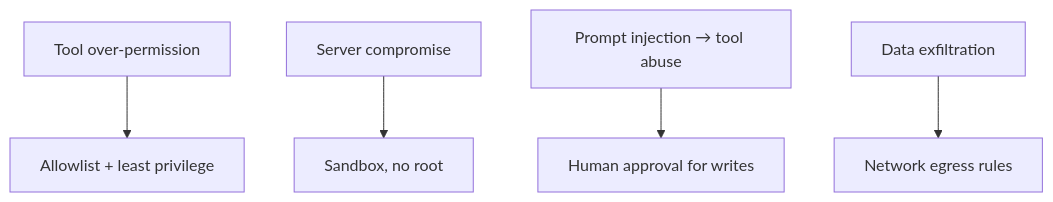
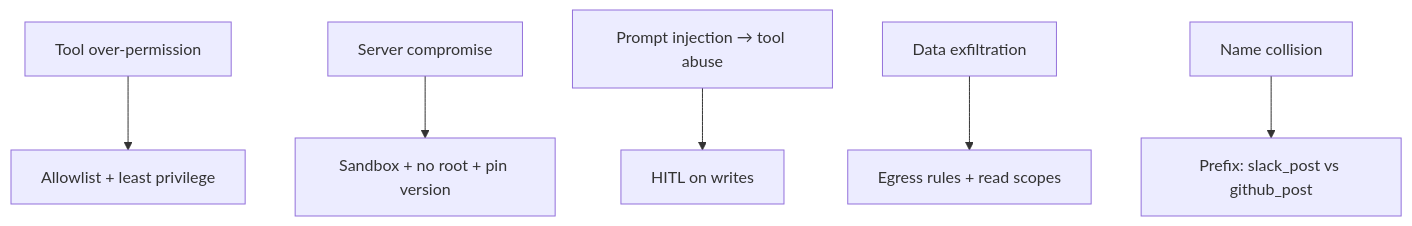
Before and after one commit to codevoks/Learning: the second of 2 diagrams in AI/AI Development/modules/08-mcp/MODULE.md, drawn with Mermaid. The commit also changed other lines of this file and 32 other files, not shown here.

````diff
--- a/AI/AI Development/modules/08-mcp/MODULE.md
+++ b/AI/AI Development/modules/08-mcp/MODULE.md
@@ -155,7 +367,8 @@
 ```mermaid
 flowchart TD
-    Risk1["Tool over-permission"] --> Mit1["Allowlist + least privilege"]
-    Risk2["Server compromise"] --> Mit2["Sandbox, no root"]
-    Risk3["Prompt injection → tool abuse"] --> Mit3["Human approval for writes"]
-    Risk4["Data exfiltration"] --> Mit4["Network egress rules"]
+    R1[Tool over-permission] --> M1[Allowlist + least privilege]
+    R2[Server compromise] --> M2[Sandbox + no root + pin version]
+    R3[Prompt injection → tool abuse] --> M3[HITL on writes]
+    R4[Data exfiltration] --> M4[Egress rules + read scopes]
+    R5[Name collision] --> M5[Prefix: slack_post vs github_post]
 ```
````
